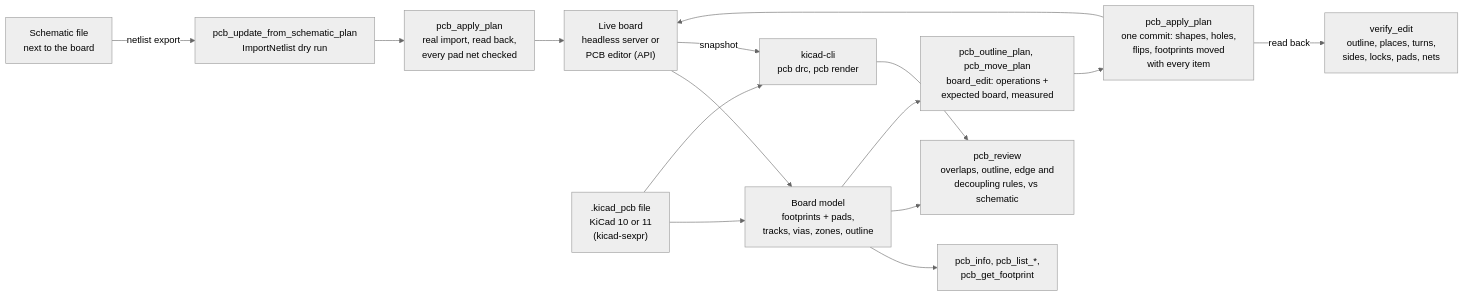
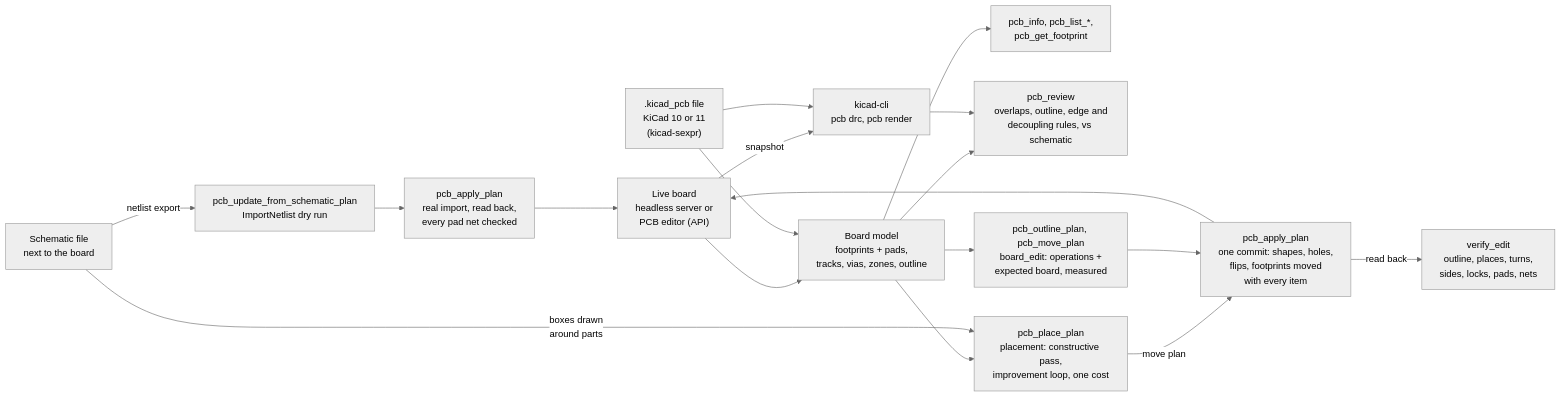
Diagram 11 of 12 in docs/architecture.md (bkrajendra/thingsvu-tools), drawn with Mermaid (neutral theme) before and after one commit. The commit also changed other lines of this file and 11 other files, not shown here.

First line of the commit message:
Phase 12.3-12.4: placement engine and pcb_place_plan

````diff
--- a/docs/architecture.md
+++ b/docs/architecture.md
@@ -252,17 +252,20 @@
 ```mermaid
 flowchart LR
     LIVE["Live board<br/>headless server or<br/>PCB editor (API)"] --> MODEL["Board model<br/>footprints + pads,<br/>tracks, vias, zones, outline"]
     FILE[".kicad_pcb file<br/>KiCad 10 or 11<br/>(kicad-sexpr)"] --> MODEL
     MODEL --> READ["pcb_info, pcb_list_*,<br/>pcb_get_footprint"]
     MODEL --> REVIEW["pcb_review<br/>overlaps, outline, edge and<br/>decoupling rules, vs schematic"]
     LIVE -->|"snapshot"| CLI["kicad-cli<br/>pcb drc, pcb render"]
     FILE --> CLI
     CLI --> REVIEW
     SCH["Schematic file<br/>next to the board"] -->|"netlist export"| PLAN["pcb_update_from_schematic_plan<br/>ImportNetlist dry run"]
     PLAN --> APPLY["pcb_apply_plan<br/>real import, read back,<br/>every pad net checked"]
     APPLY --> LIVE
     MODEL --> EDIT["pcb_outline_plan, pcb_move_plan<br/>board_edit: operations +<br/>expected board, measured"]
+    MODEL --> PLACE["pcb_place_plan<br/>placement: constructive pass,<br/>improvement loop, one cost"]
+    SCH -->|"boxes drawn<br/>around parts"| PLACE
+    PLACE -->|"move plan"| APPLYE
     EDIT --> APPLYE["pcb_apply_plan<br/>one commit: shapes, holes,<br/>flips, footprints moved<br/>with every item"]
     APPLYE --> LIVE
     APPLYE -->|"read back"| VERIFY["verify_edit<br/>outline, places, turns,<br/>sides, locks, pads, nets"]
 ```
````
